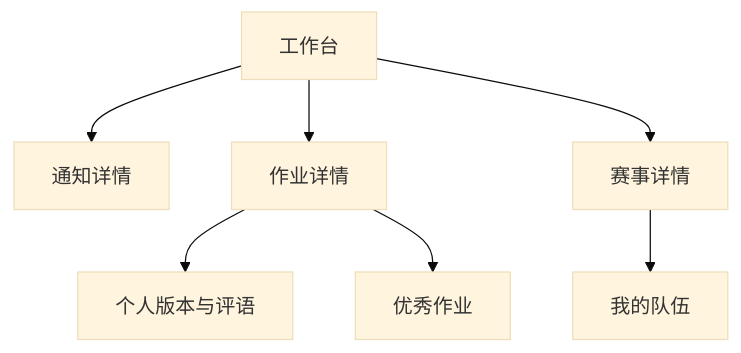
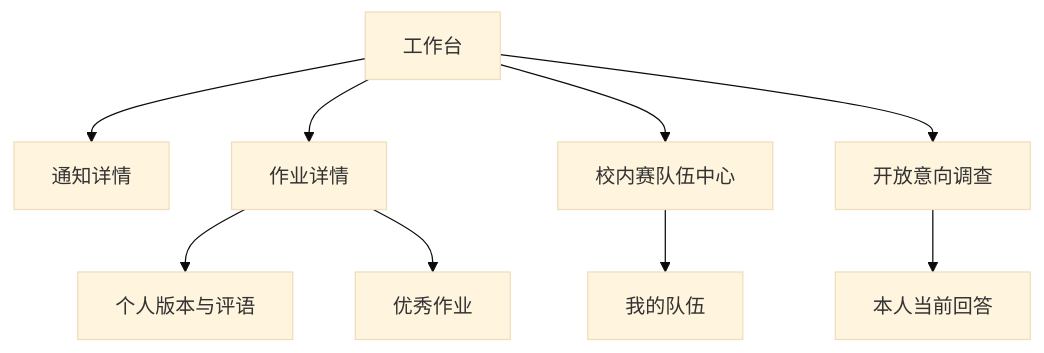
The diagram in .agents/docs/02-information-architecture.md (CosmosMount/homework_system), drawn with Mermaid (base theme) before and after one commit. The commit also changed other lines of this file and 14 other files, not shown here.

````diff
--- a/.agents/docs/02-information-architecture.md
+++ b/.agents/docs/02-information-architecture.md
@@ -80,9 +74,11 @@
 ```mermaid
 flowchart TD
     Dashboard[工作台] --> Announcement[通知详情]
     Dashboard --> Assignment[作业详情]
-    Dashboard --> Competition[赛事详情]
+    Dashboard --> Competition[校内赛队伍中心]
+    Dashboard --> Intention[开放意向调查]
     Assignment --> Submission[个人版本与评语]
     Competition --> Team[我的队伍]
+    Intention --> Response[本人当前回答]
     Assignment --> ExcellentWork[优秀作业]
 ```
````
